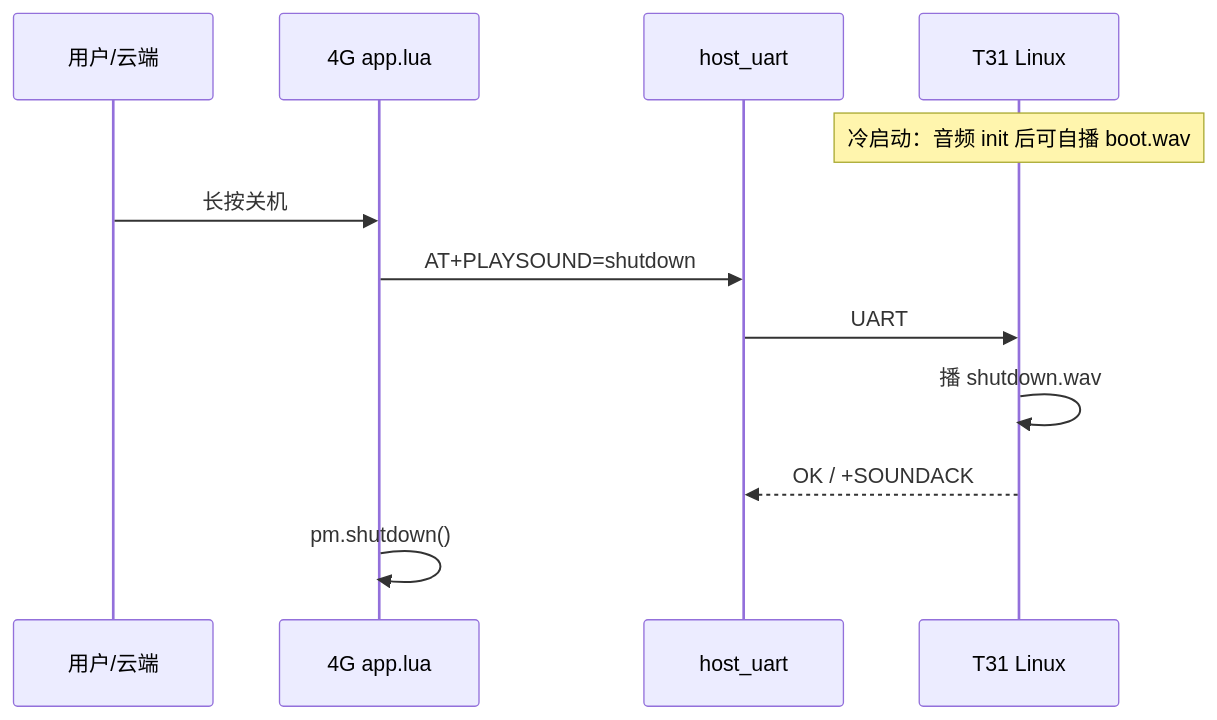
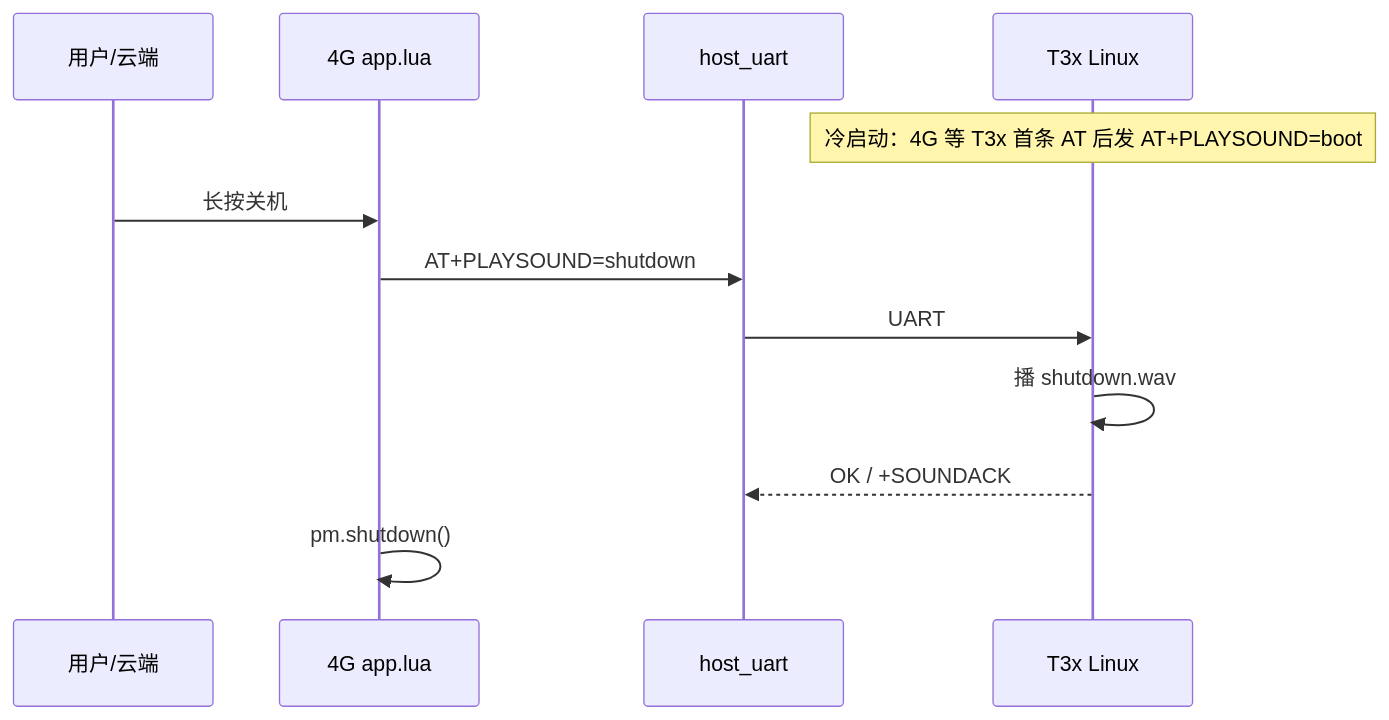
One commit to dzr1986/AIR780EHM changed the second of 5 diagrams in doc/BOOT_SHUTDOWN_SOUND.md. Above: the diagram before and after it, drawn with Mermaid. The commit also changed other lines of this file and 107 other files, not shown here.

````diff
--- a/doc/BOOT_SHUTDOWN_SOUND.md
+++ b/doc/BOOT_SHUTDOWN_SOUND.md
@@ -79,15 +79,15 @@
 ```mermaid
 sequenceDiagram
     participant U as 用户/云端
     participant G as 4G app.lua
     participant H as host_uart
-    participant T as T31 Linux
+    participant T as T3x Linux
 
-  Note over T: 冷启动：音频 init 后可自播 boot.wav
+  Note over T: 冷启动：4G 等 T3x 首条 AT 后发 AT+PLAYSOUND=boot
     U->>G: 长按关机
     G->>H: AT+PLAYSOUND=shutdown
     H->>T: UART
     T->>T: 播 shutdown.wav
     T-->>H: OK / +SOUNDACK
     G->>G: pm.shutdown()
 ```
````
